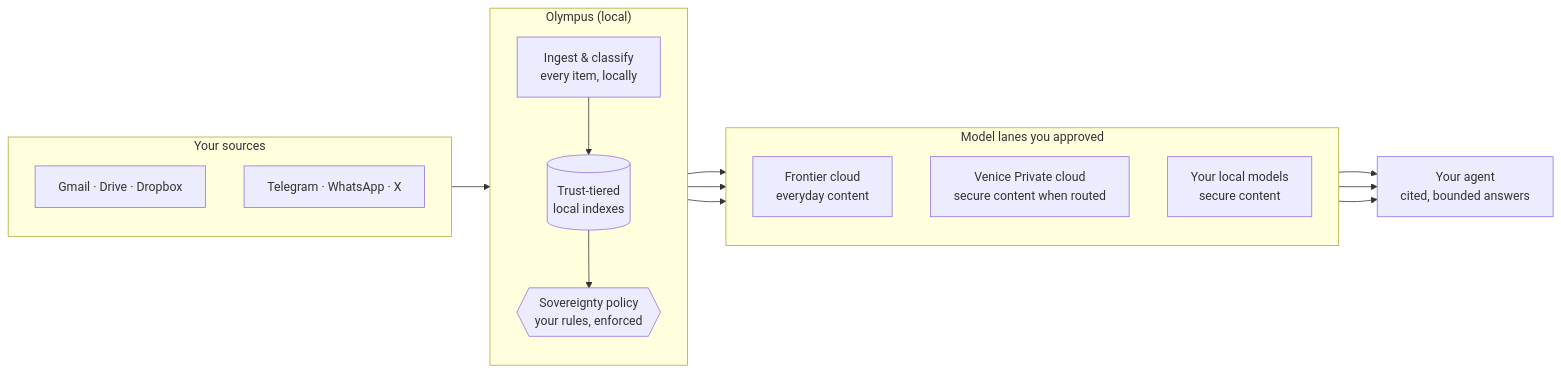
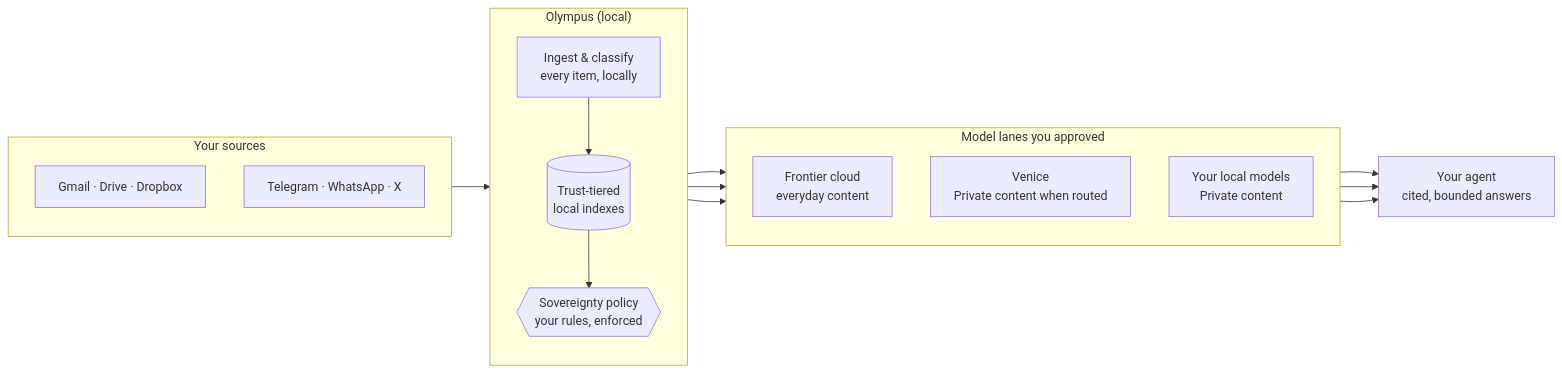
The first of 2 diagrams in README.md (jamiezigelbaum/Olympus), drawn with Mermaid before and after one commit. The commit also changed other lines of this file and 177 other files, not shown here.

````diff
--- a/README.md
+++ b/README.md
@@ -60,29 +60,29 @@
 ```mermaid
 flowchart LR
     subgraph sources["Your sources"]
         direction TB
         SRC1[Gmail · Drive · Dropbox]
         SRC2[Telegram · WhatsApp · X]
     end
 
     subgraph olympus["Olympus (local)"]
         direction TB
         ING[Ingest & classify<br/>every item, locally]
         IDX[(Trust-tiered<br/>local indexes)]
         POL{{Sovereignty policy<br/>your rules, enforced}}
         ING --> IDX --> POL
     end
 
     subgraph lanes["Model lanes you approved"]
         direction TB
         CLOUD[Frontier cloud<br/>everyday content]
-        PRIVATE[Venice Private cloud<br/>secure content when routed]
-        LOCAL[Your local models<br/>secure content]
+        PRIVATE[Venice<br/>Private content when routed]
+        LOCAL[Your local models<br/>Private content]
     end
 
     AGENT[Your agent<br/>cited, bounded answers]
 
     sources --> ING
     POL --> CLOUD & PRIVATE & LOCAL
     CLOUD & PRIVATE & LOCAL --> AGENT
 ```
````
